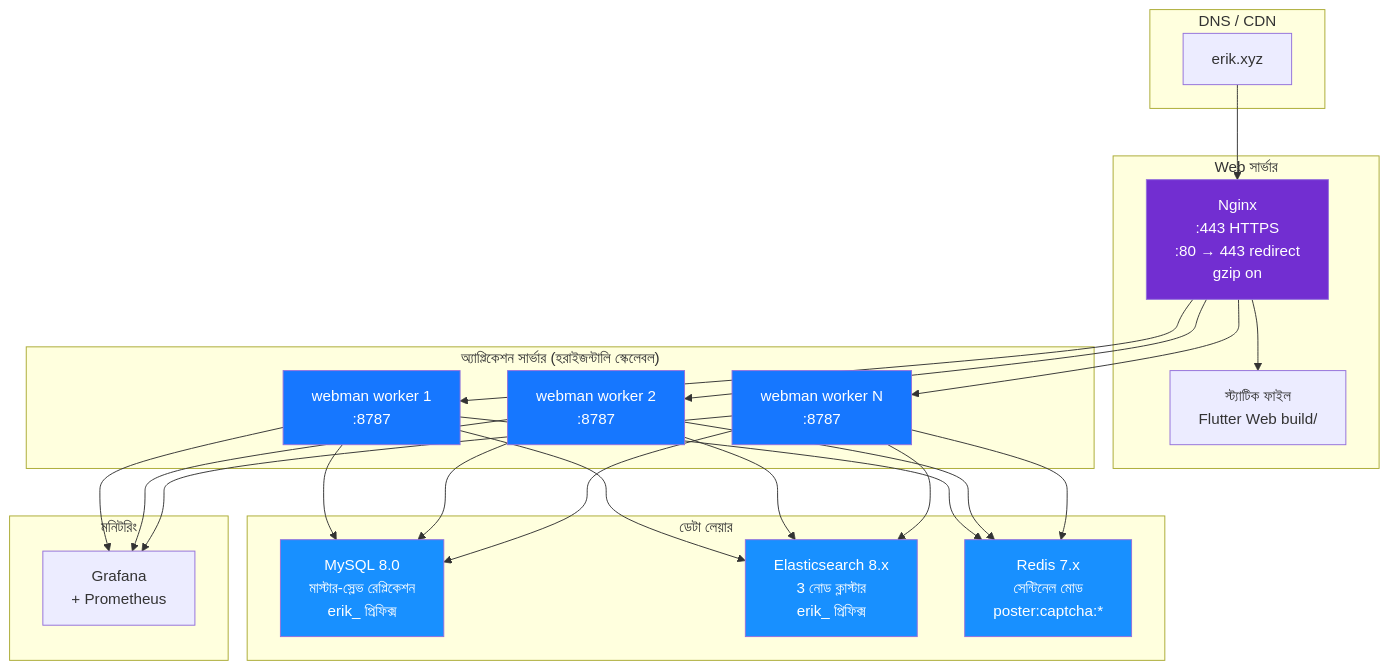
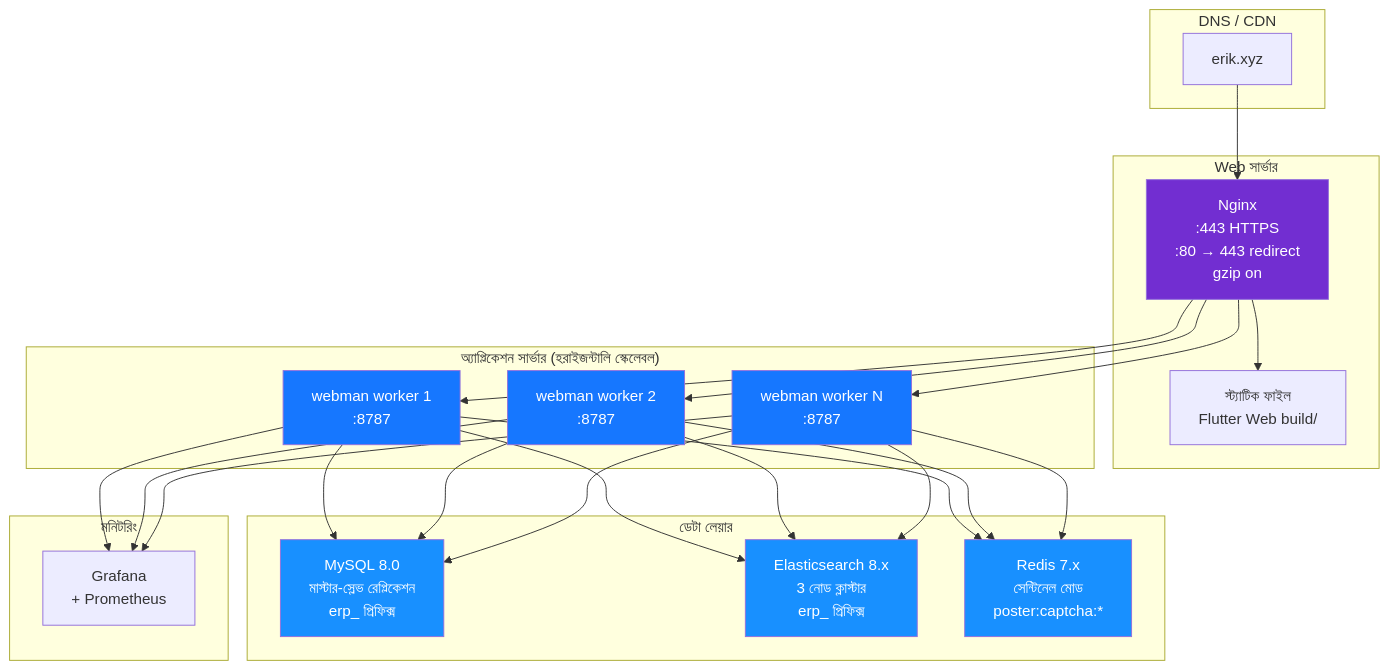
One commit to erikwang2013/erp-php changed diagram 14 of 20 in docs/i18n/bn/ARCHITECTURE.md. Above: the diagram before and after it, drawn with Mermaid. The commit also changed other lines of this file and 449 other files, not shown here.

First line of the commit message:
全局命名统一：数据库 erp、表前缀 erp_、Redis 前缀 erp:（原 erik_/open_admin）

````diff
--- a/docs/i18n/bn/ARCHITECTURE.md
+++ b/docs/i18n/bn/ARCHITECTURE.md
@@ -661,43 +661,43 @@
 ```mermaid
 flowchart TB
     subgraph "DNS / CDN"
         DNS["erik.xyz"]
     end
 
     subgraph "Web সার্ভার"
         NGX["Nginx<br/>:443 HTTPS<br/>:80 → 443 redirect<br/>gzip on"]
         STA["স্ট্যাটিক ফাইল<br/>Flutter Web build/"]
     end
 
     subgraph "অ্যাপ্লিকেশন সার্ভার (হরাইজন্টালি স্কেলেবল)"
         WM1["webman worker 1<br/>:8787"]
         WM2["webman worker 2<br/>:8787"]
         WM3["webman worker N<br/>:8787"]
     end
 
     subgraph "ডেটা লেয়ার"
-        MYSQL["MySQL 8.0<br/>মাস্টার-স্লেভ রেপ্লিকেশন<br/>erik_ প্রিফিক্স"]
-        ES["Elasticsearch 8.x<br/>3 নোড ক্লাস্টার<br/>erik_ প্রিফিক্স"]
+        MYSQL["MySQL 8.0<br/>মাস্টার-স্লেভ রেপ্লিকেশন<br/>erp_ প্রিফিক্স"]
+        ES["Elasticsearch 8.x<br/>3 নোড ক্লাস্টার<br/>erp_ প্রিফিক্স"]
         REDIS["Redis 7.x<br/>সেন্টিনেল মোড<br/>poster:captcha:*"]
     end
 
     subgraph "মনিটরিং"
         MON["Grafana<br/>+ Prometheus"]
     end
 
     DNS --> NGX
     NGX --> STA
     NGX --> WM1 & WM2 & WM3
     WM1 & WM2 & WM3 --> MYSQL
     WM1 & WM2 & WM3 --> ES
     WM1 & WM2 & WM3 --> REDIS
     WM1 & WM2 & WM3 --> MON
 
     style NGX fill:#722ED1,color:#fff
     style WM1 fill:#1677FF,color:#fff
     style WM2 fill:#1677FF,color:#fff
     style WM3 fill:#1677FF,color:#fff
     style MYSQL fill:#1890FF,color:#fff
     style ES fill:#1890FF,color:#fff
     style REDIS fill:#1890FF,color:#fff
 ```
````
